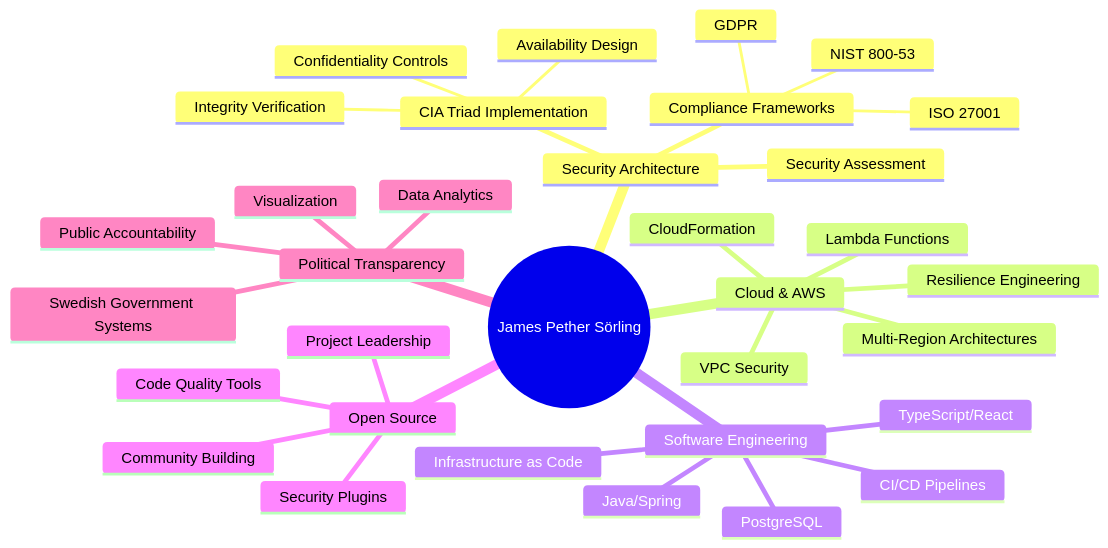
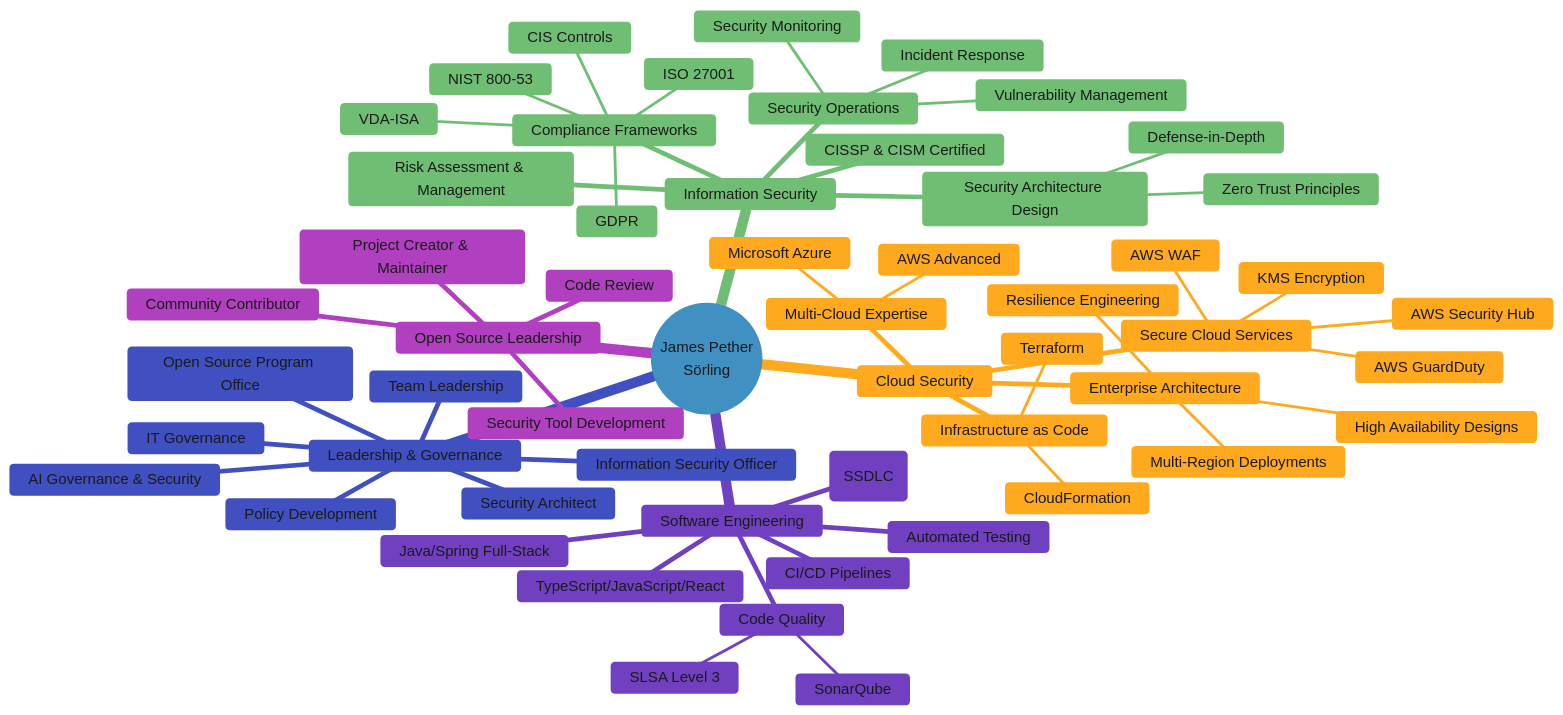
The first of 2 diagrams in README.md (pethers/pethers), drawn with Mermaid before and after one commit. The commit also changed other lines of this file, not shown here.

````diff
--- a/README.md
+++ b/README.md
@@ -99,36 +150,76 @@
 ```mermaid
+%%{
+  init: {
+    'theme': 'base',
+    'themeVariables': {
+      'primaryColor': '#a0c8e0',
+      'primaryTextColor': '#1a1a1a',
+      'primaryBorderColor': '#86b5d9',
+      'lineColor': '#86b5d9',
+      'secondaryColor': '#c8e6c9',
+      'tertiaryColor': '#ffda9e'
+    }
+  }
+}%%
 mindmap
-  root((James Pether Sörling))
-    Security Architecture
-      CIA Triad Implementation
-        Confidentiality Controls
-        Integrity Verification
-        Availability Design
-      Security Assessment
+  root((James Pether<br>Sörling))
+    Information Security
+      ::icon(fa fa-shield)
+      Risk Assessment & Management
+      CISSP & CISM Certified
+      Security Architecture Design
+        Zero Trust Principles
+        Defense-in-Depth
       Compliance Frameworks
         ISO 27001
-        NIST 800-53
+        NIST 800-53 
+        VDA-ISA
+        CIS Controls
         GDPR
-    Cloud & AWS
-      Multi-Region Architectures
-      Lambda Functions
-      CloudFormation
-      Resilience Engineering
-      VPC Security
+      Security Operations
+        Incident Response
+        Vulnerability Management
+        Security Monitoring
+    Cloud Security
+      ::icon(fa fa-cloud)
+      Multi-Cloud Expertise
+        AWS Advanced
+        Microsoft Azure
+      Enterprise Architecture
+        High Availability Designs
+        Multi-Region Deployments
+        Resilience Engineering
+      Infrastructure as Code
+        CloudFormation
+        Terraform
+      Secure Cloud Services
+        AWS Security Hub
+        AWS GuardDuty
+        KMS Encryption
+        AWS WAF
+    Leadership & Governance
+      ::icon(fa fa-users)
+      Information Security Officer
+      Security Architect
+      Policy Development
+      IT Governance
+      Team Leadership
+      Open Source Program Office
+      AI Governance & Security
     Software Engineering
-      Java/Spring
-      TypeScript/React
-      Infrastructure as Code
-      PostgreSQL
+      ::icon(fa fa-code)
+      Secure Development (SSDLC)
+      Java/Spring Full-Stack
+      TypeScript/JavaScript/React
+      Automated Testing
       CI/CD Pipelines
-    Open Source
-      Project Leadership
-      Community Building
-      Security Plugins
-      Code Quality Tools
-    Political Transparency
-      Data Analytics
-      Visualization
-      Swedish Government Systems
-      Public Accountability
+      Code Quality
+        SLSA Level 3
+        SonarQube
+    Open Source Leadership
+      ::icon(fa fa-github)
+      Project Creator & Maintainer
+      Community Contributor
+      Security Tool Development
+      Code Review
 ```
````
